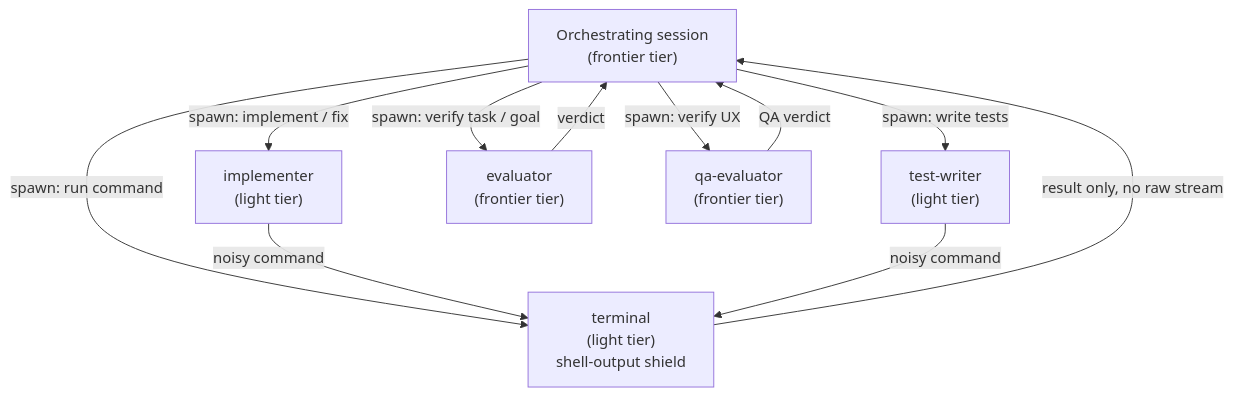
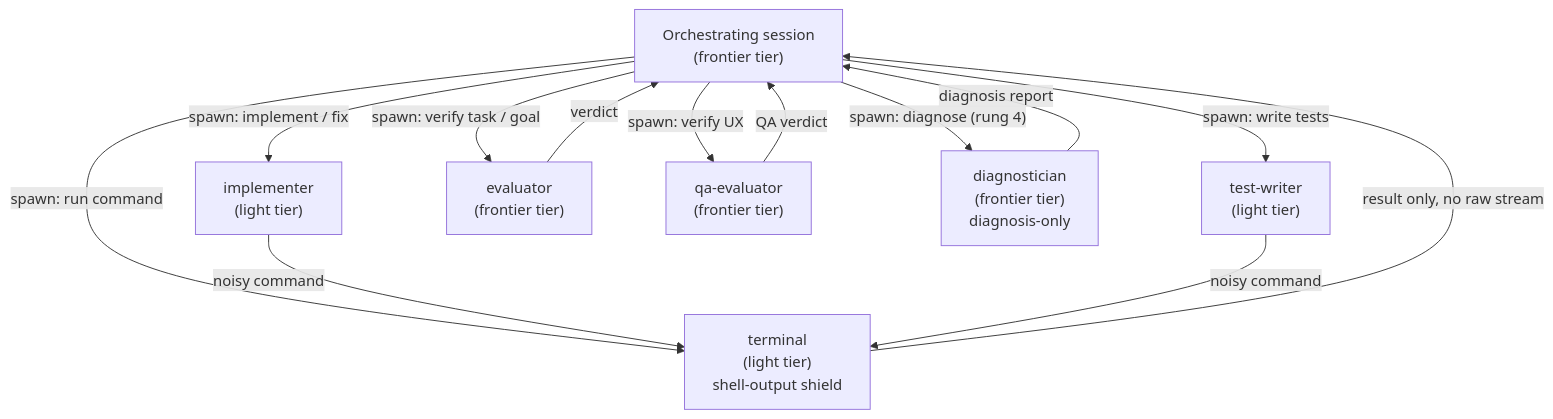
Before and after one commit to kdcllc/skills: the diagram in docs/guide/agents-and-models.md, drawn with Mermaid. The commit also changed other lines of this file and 7 other files, not shown here.

````diff
--- a/docs/guide/agents-and-models.md
+++ b/docs/guide/agents-and-models.md
@@ -106,20 +132,23 @@
 ```mermaid
 flowchart TD
     Orch["Orchestrating session\n(frontier tier)"]
     Impl["implementer\n(light tier)"]
     TW["test-writer\n(light tier)"]
     Term["terminal\n(light tier)\nshell-output shield"]
     Eval["evaluator\n(frontier tier)"]
     QA["qa-evaluator\n(frontier tier)"]
+    Diag["diagnostician\n(frontier tier)\ndiagnosis-only"]
 
     Orch -->|"spawn: implement / fix"| Impl
     Orch -->|"spawn: write tests"| TW
     Orch -->|"spawn: run command"| Term
     Orch -->|"spawn: verify task / goal"| Eval
     Orch -->|"spawn: verify UX"| QA
+    Orch -->|"spawn: diagnose (rung 4)"| Diag
     Impl -->|"noisy command"| Term
     TW -->|"noisy command"| Term
     Term -->|"result only, no raw stream"| Orch
     Eval -->|"verdict"| Orch
     QA -->|"QA verdict"| Orch
+    Diag -->|"diagnosis report"| Orch
 ```
````
